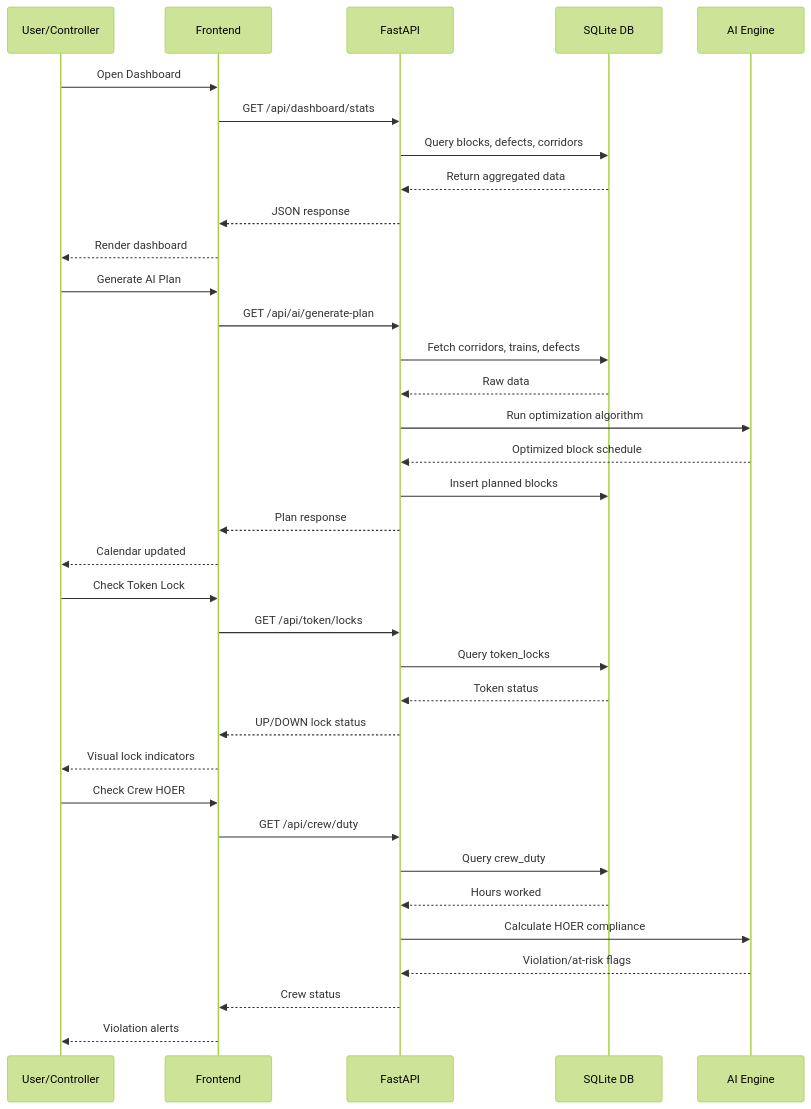
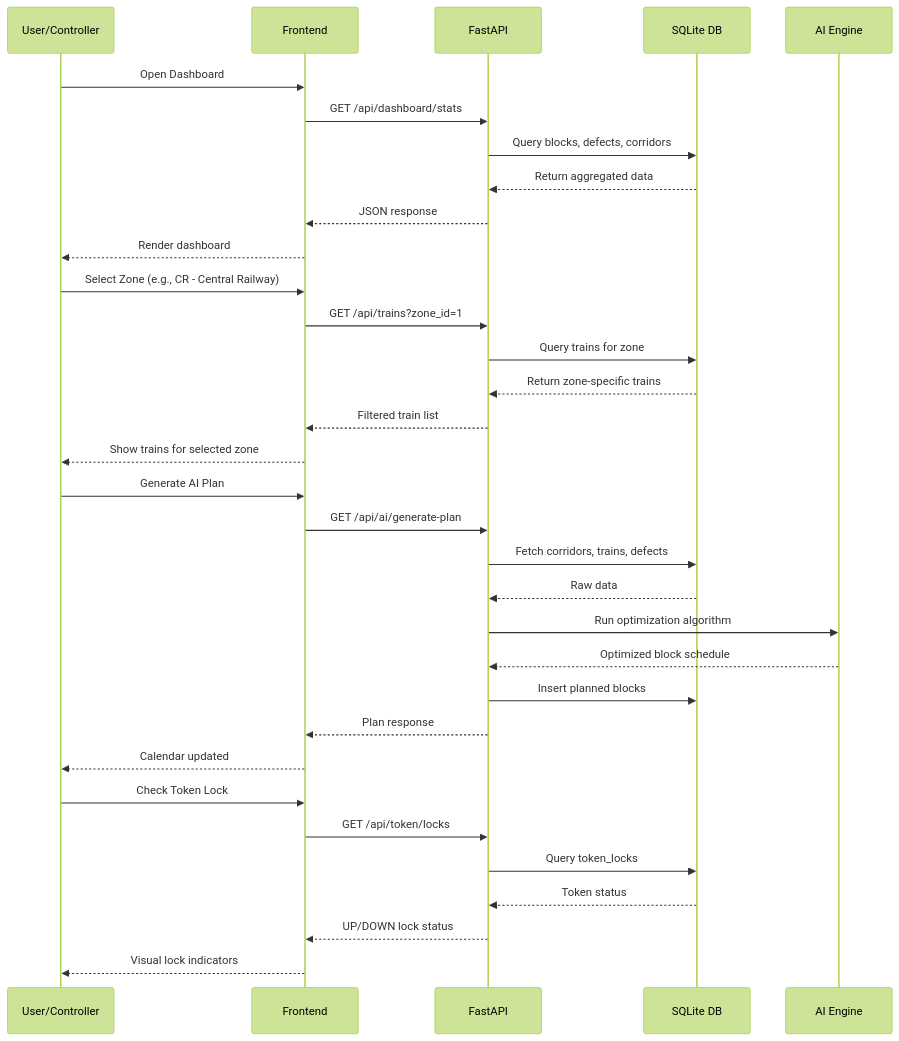
Before and after one commit to Youngmaster0304/nirvaan: the third of 3 diagrams in README.md, drawn with Mermaid (forest theme). The commit also changed other lines of this file and 4 other files, not shown here.

Commit message:
feat: MILP solver, monthly planner, network graph, data harmonization, bug fixes

````diff
--- a/README.md
+++ b/README.md
@@ -190,41 +207,39 @@
 ```mermaid
 sequenceDiagram
     participant U as User/Controller
     participant F as Frontend
     participant A as FastAPI
     participant D as SQLite DB
     participant AI as AI Engine
 
     U->>F: Open Dashboard
     F->>A: GET /api/dashboard/stats
     A->>D: Query blocks, defects, corridors
     D-->>A: Return aggregated data
     A-->>F: JSON response
     F-->>U: Render dashboard
+
+    U->>F: Select Zone (e.g., CR - Central Railway)
+    F->>A: GET /api/trains?zone_id=1
+    A->>D: Query trains for zone
+    D-->>A: Return zone-specific trains
+    A-->>F: Filtered train list
+    F-->>U: Show trains for selected zone
 
     U->>F: Generate AI Plan
     F->>A: GET /api/ai/generate-plan
     A->>D: Fetch corridors, trains, defects
     D-->>A: Raw data
     A->>AI: Run optimization algorithm
     AI-->>A: Optimized block schedule
     A->>D: Insert planned blocks
     A-->>F: Plan response
     F-->>U: Calendar updated
 
     U->>F: Check Token Lock
     F->>A: GET /api/token/locks
     A->>D: Query token_locks
     D-->>A: Token status
     A-->>F: UP/DOWN lock status
     F-->>U: Visual lock indicators
-
-    U->>F: Check Crew HOER
-    F->>A: GET /api/crew/duty
-    A->>D: Query crew_duty
-    D-->>A: Hours worked
-    A->>AI: Calculate HOER compliance
-    AI-->>A: Violation/at-risk flags
-    A-->>F: Crew status
-    F-->>U: Violation alerts
 ```
````
